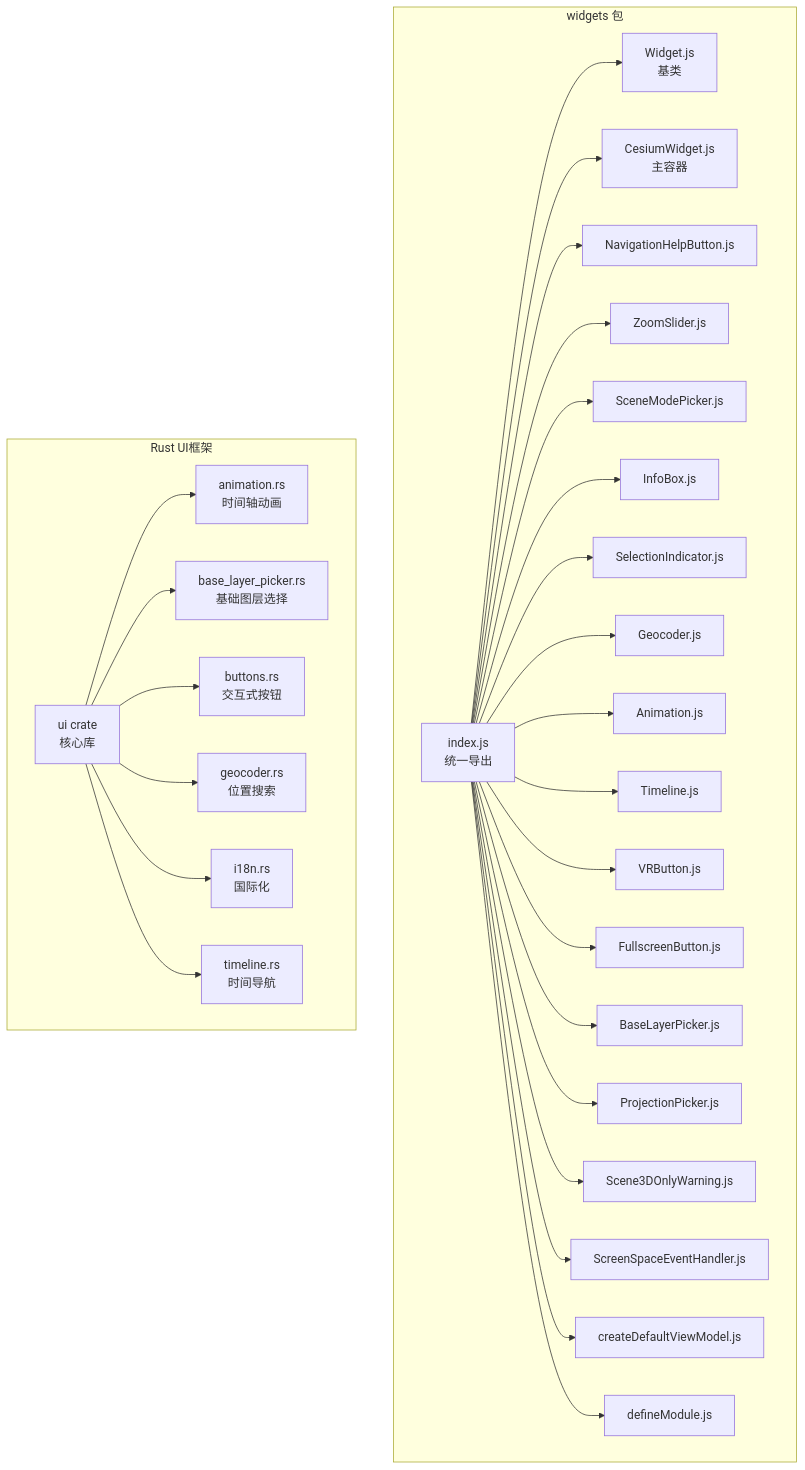
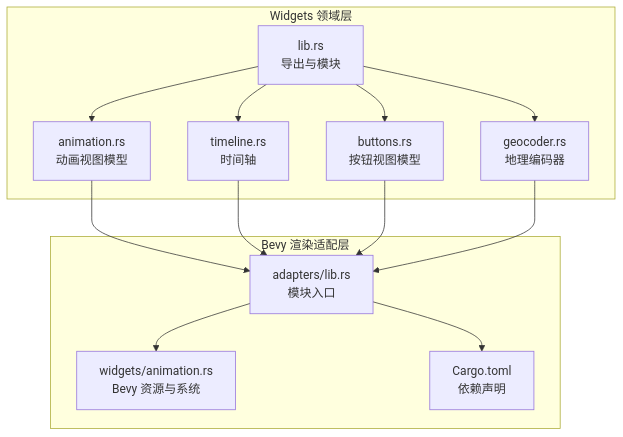
The first of 3 diagrams in .qoder/repowiki/zh/content/UI组件库/控件系统/控件系统.md (rzhangjing/cesium), drawn with Mermaid before and after one commit. The commit also changed other lines of this file and 57 other files, not shown here.

````diff
--- a/.qoder/repowiki/zh/content/UI组件库/控件系统/控件系统.md
+++ b/.qoder/repowiki/zh/content/UI组件库/控件系统/控件系统.md
@@ -61,31 +50,17 @@
 ```mermaid
 graph TB
-subgraph "widgets 包"
-A["index.js<br/>统一导出"] --> B["Widget.js<br/>基类"]
-A --> C["CesiumWidget.js<br/>主容器"]
-A --> D["NavigationHelpButton.js"]
-A --> E["ZoomSlider.js"]
-A --> F["SceneModePicker.js"]
-A --> G["InfoBox.js"]
-A --> H["SelectionIndicator.js"]
-A --> I["Geocoder.js"]
-A --> J["Animation.js"]
-A --> K["Timeline.js"]
-A --> L["VRButton.js"]
-A --> M["FullscreenButton.js"]
-A --> N["BaseLayerPicker.js"]
-A --> O["ProjectionPicker.js"]
-A --> P["Scene3DOnlyWarning.js"]
-A --> Q["ScreenSpaceEventHandler.js"]
-A --> R["createDefaultViewModel.js"]
-A --> S["defineModule.js"]
+subgraph "Widgets 领域层"
+W["lib.rs<br/>导出与模块"] --> A["animation.rs<br/>动画视图模型"]
+W --> T["timeline.rs<br/>时间轴"]
+W --> B["buttons.rs<br/>按钮视图模型"]
+W --> G["geocoder.rs<br/>地理编码器"]
 end
-subgraph "Rust UI框架"
-T["ui crate<br/>核心库"] --> U["animation.rs<br/>时间轴动画"]
-T --> V["base_layer_picker.rs<br/>基础图层选择"]
-T --> W["buttons.rs<br/>交互式按钮"]
-T --> X["geocoder.rs<br/>位置搜索"]
-T --> Y["i18n.rs<br/>国际化"]
-T --> Z["timeline.rs<br/>时间导航"]
+subgraph "Bevy 渲染适配层"
+R["adapters/lib.rs<br/>模块入口"] --> W2["widgets/animation.rs<br/>Bevy 资源与系统"]
+R --> D["Cargo.toml<br/>依赖声明"]
 end
+A --> R
+T --> R
+B --> R
+G --> R
 ```
````
